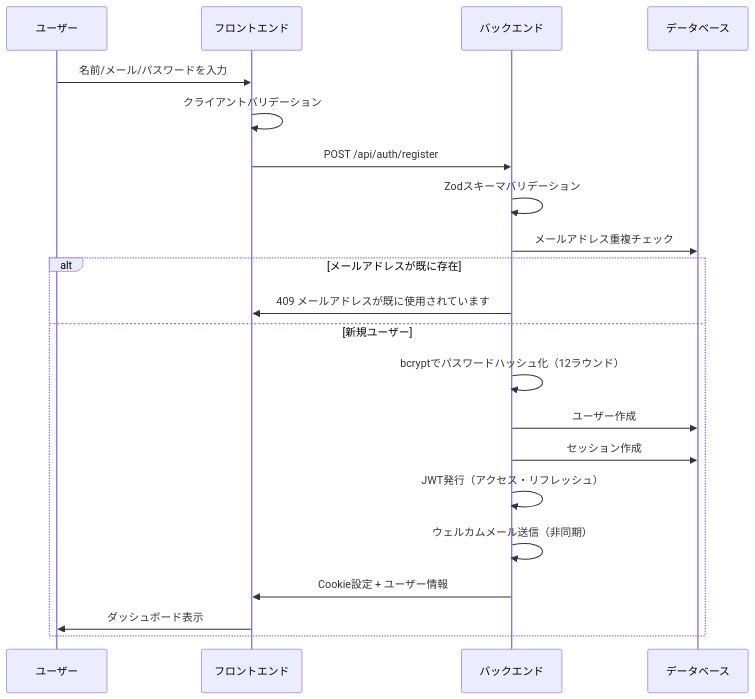
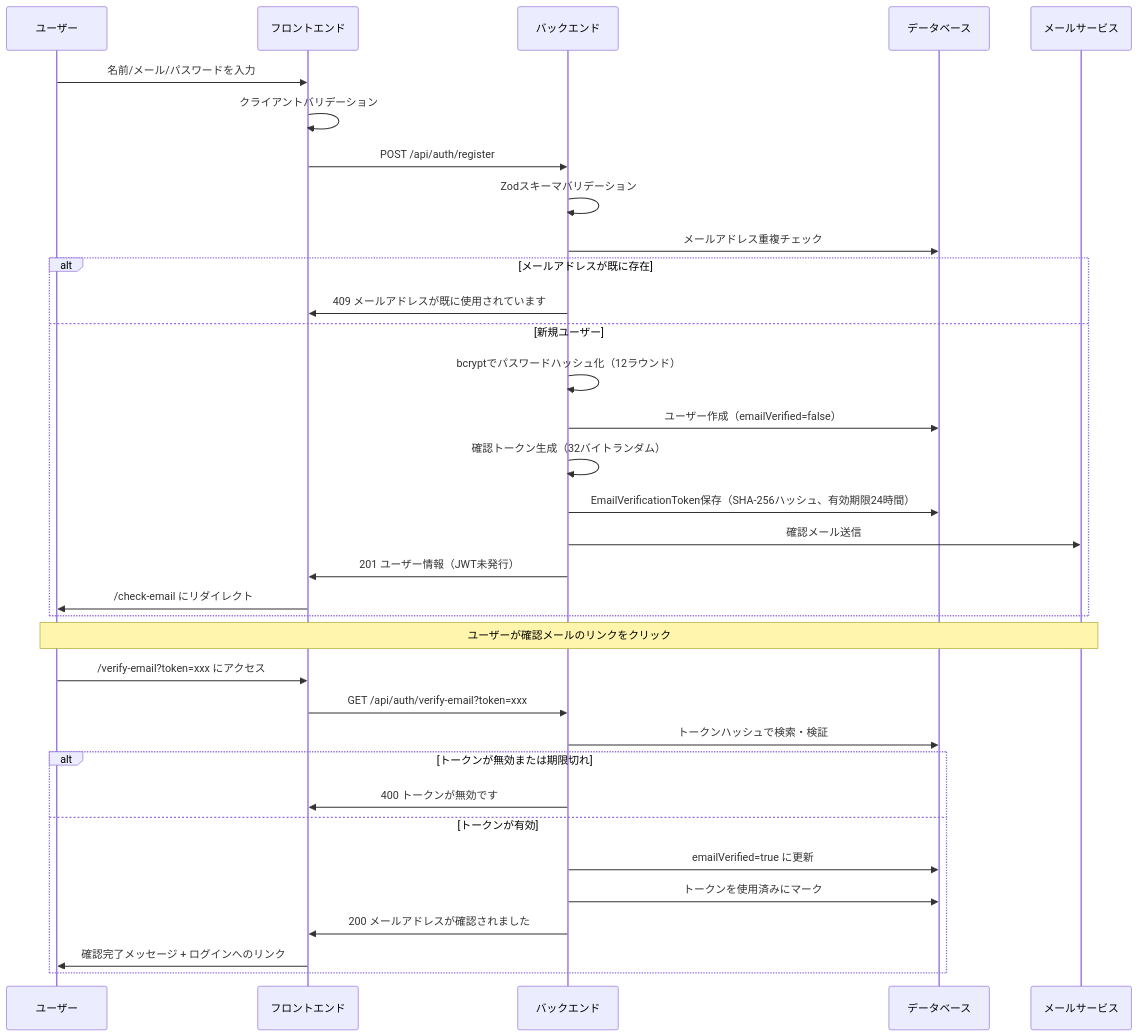
One commit to tsutsumi389/agentest changed the second of 13 diagrams in docs/architecture/features/authentication.md. Above: the diagram before and after it, drawn with Mermaid. The commit also changed other lines of this file and 28 other files, not shown here.

First line of the commit message:
Implement email verification flow for user registration (#215)

````diff
--- a/docs/architecture/features/authentication.md
+++ b/docs/architecture/features/authentication.md
@@ -167,24 +198,39 @@
 ```mermaid
 sequenceDiagram
     participant U as ユーザー
     participant F as フロントエンド
     participant B as バックエンド
     participant DB as データベース
+    participant M as メールサービス
 
     U->>F: 名前/メール/パスワードを入力
     F->>F: クライアントバリデーション
     F->>B: POST /api/auth/register
     B->>B: Zodスキーマバリデーション
     B->>DB: メールアドレス重複チェック
     alt メールアドレスが既に存在
         B->>F: 409 メールアドレスが既に使用されています
     else 新規ユーザー
         B->>B: bcryptでパスワードハッシュ化（12ラウンド）
-        B->>DB: ユーザー作成
-        B->>DB: セッション作成
-        B->>B: JWT発行（アクセス・リフレッシュ）
-        B->>B: ウェルカムメール送信（非同期）
-        B->>F: Cookie設定 + ユーザー情報
-        F->>U: ダッシュボード表示
+        B->>DB: ユーザー作成（emailVerified=false）
+        B->>B: 確認トークン生成（32バイトランダム）
+        B->>DB: EmailVerificationToken保存（SHA-256ハッシュ、有効期限24時間）
+        B->>M: 確認メール送信
+        B->>F: 201 ユーザー情報（JWT未発行）
+        F->>U: /check-email にリダイレクト
+    end
+
+    Note over U,M: ユーザーが確認メールのリンクをクリック
+
+    U->>F: /verify-email?token=xxx にアクセス
+    F->>B: GET /api/auth/verify-email?token=xxx
+    B->>DB: トークンハッシュで検索・検証
+    alt トークンが無効または期限切れ
+        B->>F: 400 トークンが無効です
+    else トークンが有効
+        B->>DB: emailVerified=true に更新
+        B->>DB: トークンを使用済みにマーク
+        B->>F: 200 メールアドレスが確認されました
+        F->>U: 確認完了メッセージ + ログインへのリンク
     end
 ```
````
